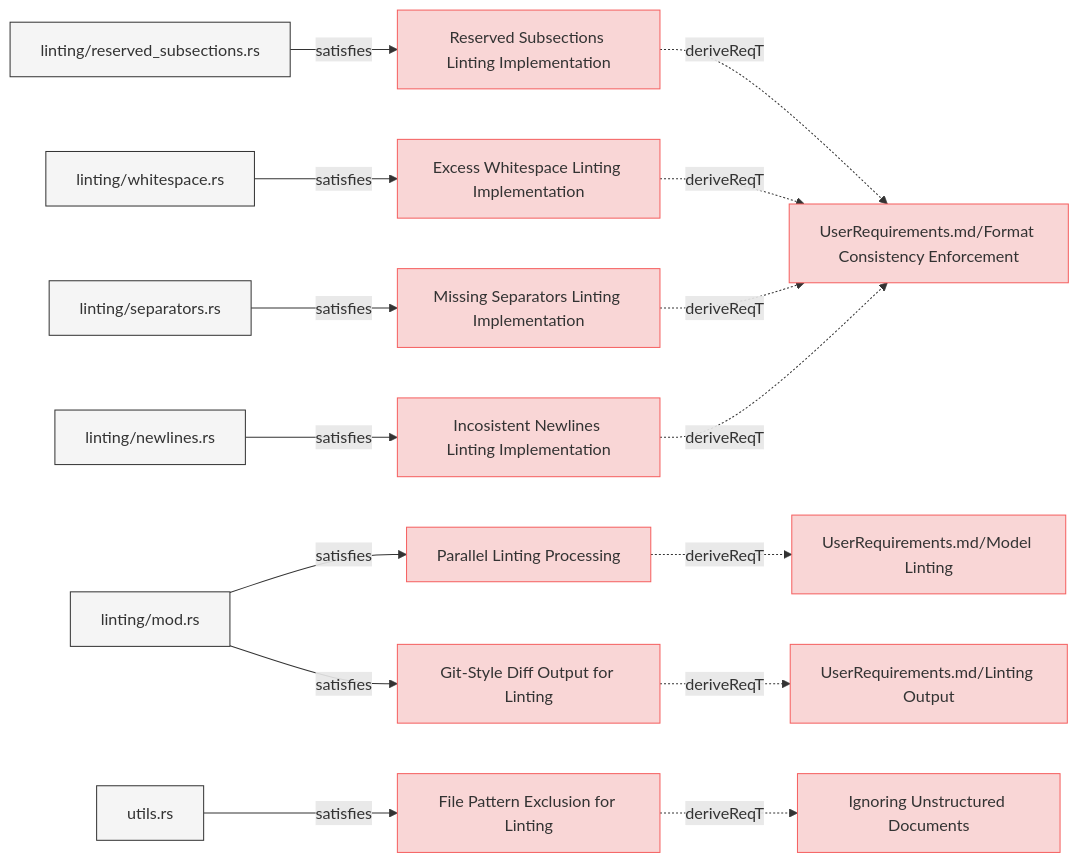
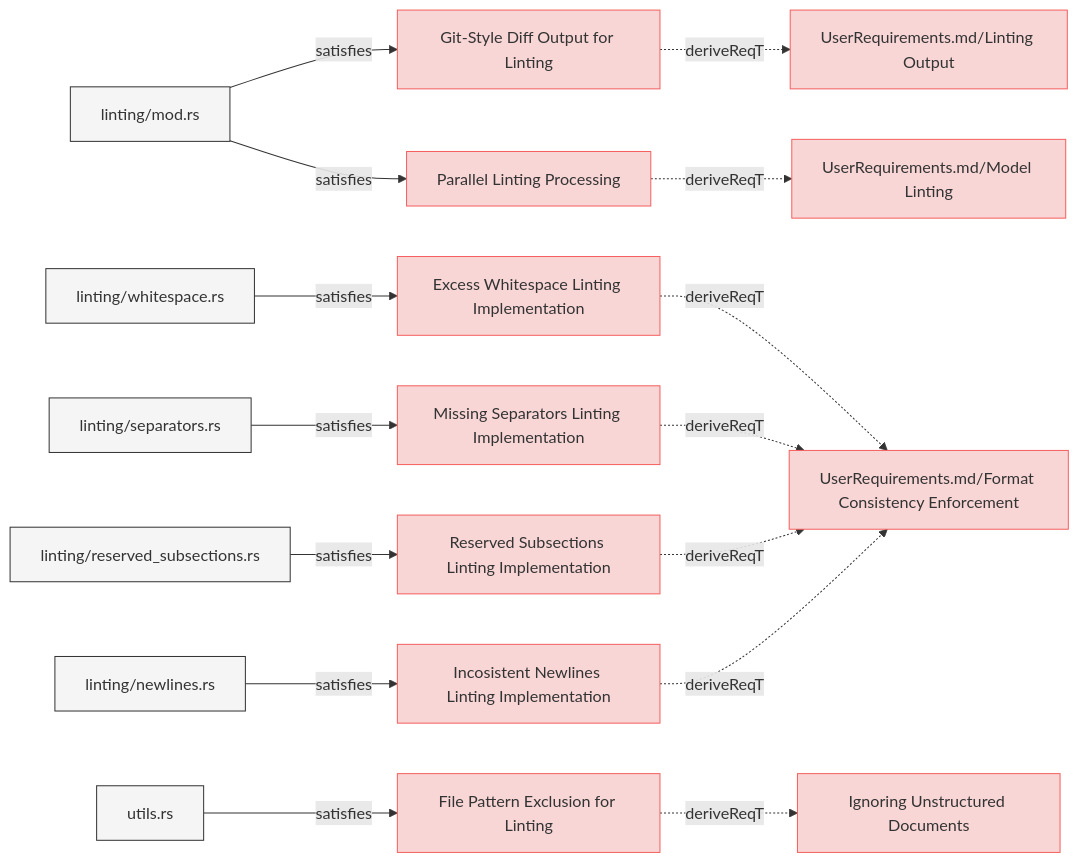
One commit to reqvire-org/reqvire changed the first of 8 diagrams in specifications/SystemRequirements/Requirements.md. Above: the diagram before and after it, drawn with Mermaid. The commit also changed other lines of this file and 14 other files, not shown here.

Commit message:
Diagrams updated.

````diff
--- a/specifications/SystemRequirements/Requirements.md
+++ b/specifications/SystemRequirements/Requirements.md
@@ -4,77 +4,77 @@
 ```mermaid
 graph LR;
   %% Graph styling
   classDef requirement fill:#f9d6d6,stroke:#f55f5f,stroke-width:1px;
   classDef verification fill:#d6f9d6,stroke:#5fd75f,stroke-width:1px;
   classDef externalLink fill:#d0e0ff,stroke:#3080ff,stroke-width:1px;
   classDef default fill:#f5f5f5,stroke:#333333,stroke-width:1px;
 
-  a7bd845c64d1685e["Reserved Subsections Linting Implementation"];
-  class a7bd845c64d1685e requirement;
-  click a7bd845c64d1685e "Requirements.md#reserved-subsections-linting-implementation";
-  974ccf933675ef44["UserRequirements.md/Format Consistency Enforcement"];
-  class 974ccf933675ef44 requirement;
-  click 974ccf933675ef44 "../UserRequirements.md#format-consistency-enforcement";
-  a7bd845c64d1685e -.->|deriveReqT| 974ccf933675ef44;
-  4ef2e0c1cdbc35ab["linting/reserved_subsections.rs"];
-  class 4ef2e0c1cdbc35ab default;
-  click 4ef2e0c1cdbc35ab "../../core/src/linting/indentation.rs";
-  4ef2e0c1cdbc35ab -->|satisfies| a7bd845c64d1685e;
+  b7dd9db7a1290b97["Git-Style Diff Output for Linting"];
+  class b7dd9db7a1290b97 requirement;
+  click b7dd9db7a1290b97 "Requirements.md#git-style-diff-output-for-linting";
+  26fdf88d16b09109["UserRequirements.md/Linting Output"];
+  class 26fdf88d16b09109 requirement;
+  click 26fdf88d16b09109 "../UserRequirements.md#linting-output";
+  b7dd9db7a1290b97 -.->|deriveReqT| 26fdf88d16b09109;
+  c418c3775592f201["linting/mod.rs"];
+  class c418c3775592f201 default;
+  click c418c3775592f201 "../../core/src/linting/mod.rs";
+  c418c3775592f201 -->|satisfies| b7dd9db7a1290b97;
   47401bd64e231632["Parallel Linting Processing"];
   class 47401bd64e231632 requirement;
   click 47401bd64e231632 "Requirements.md#parallel-linting-processing";
   7305c1d6f7f1e2b2["UserRequirements.md/Model Linting"];
   class 7305c1d6f7f1e2b2 requirement;
   click 7305c1d6f7f1e2b2 "../UserRequirements.md#model-linting";
   47401bd64e231632 -.->|deriveReqT| 7305c1d6f7f1e2b2;
   c418c3775592f201["linting/mod.rs"];
   class c418c3775592f201 default;
   click c418c3775592f201 "../../core/src/linting/mod.rs";
   c418c3775592f201 -->|satisfies| 47401bd64e231632;
   9f473f6e0b993cac["Excess Whitespace Linting Implementation"];
   class 9f473f6e0b993cac requirement;
   click 9f473f6e0b993cac "Requirements.md#excess-whitespace-linting-implementation";
+  974ccf933675ef44["UserRequirements.md/Format Consistency Enforcement"];
+  class 974ccf933675ef44 requirement;
+  click 974ccf933675ef44 "../UserRequirements.md#format-consistency-enforcement";
   9f473f6e0b993cac -.->|deriveReqT| 974ccf933675ef44;
   63a0f5a33e87fcee["linting/whitespace.rs"];
   class 63a0f5a33e87fcee default;
   click 63a0f5a33e87fcee "../../core/src/linting/whitespace.rs";
   63a0f5a33e87fcee -->|satisfies| 9f473f6e0b993cac;
-  b7dd9db7a1290b97["Git-Style Diff Output for Linting"];
-  class b7dd9db7a1290b97 requirement;
-  click b7dd9db7a1290b97 "Requirements.md#git-style-diff-output-for-linting";
-  26fdf88d16b09109["UserRequirements.md/Linting Output"];
-  class 26fdf88d16b09109 requirement;
-  click 26fdf88d16b09109 "../UserRequirements.md#linting-output";
-  b7dd9db7a1290b97 -.->|deriveReqT| 26fdf88d16b09109;
-  c418c3775592f201["linting/mod.rs"];
-  class c418c3775592f201 default;
-  click c418c3775592f201 "../../core/src/linting/mod.rs";
-  c418c3775592f201 -->|satisfies| b7dd9db7a1290b97;
   719bf8b75772947d["Missing Separators Linting Implementation"];
   class 719bf8b75772947d requirement;
   click 719bf8b75772947d "Requirements.md#missing-separators-linting-implementation";
   719bf8b75772947d -.->|deriveReqT| 974ccf933675ef44;
   9cbd45fe044171ec["linting/separators.rs"];
   class 9cbd45fe044171ec default;
   click 9cbd45fe044171ec "../../core/src/linting/separators.rs";
   9cbd45fe044171ec -->|satisfies| 719bf8b75772947d;
-  7d44a9de72f2ed11["Incosistent Newlines Linting Implementation"];
-  class 7d44a9de72f2ed11 requirement;
-  click 7d44a9de72f2ed11 "Requirements.md#incosistent-newlines-linting-implementation";
-  7d44a9de72f2ed11 -.->|deriveReqT| 974ccf933675ef44;
-  aab06119b34eec74["linting/newlines.rs"];
-  class aab06119b34eec74 default;
-  click aab06119b34eec74 "../../core/src/linting/newlines.rs";
-  aab06119b34eec74 -->|satisfies| 7d44a9de72f2ed11;
   bef37c31db69b66a["File Pattern Exclusion for Linting"];
   class bef37c31db69b66a requirement;
   click bef37c31db69b66a "Requirements.md#file-pattern-exclusion-for-linting";
   be83c2991e9535c7["Ignoring Unstructured Documents"];
   class be83c2991e9535c7 requirement;
   click be83c2991e9535c7 "Requirements.md#ignoring-unstructured-documents";
   bef37c31db69b66a -.->|deriveReqT| be83c2991e9535c7;
   ce2625feec883e55["utils.rs"];
   class ce2625feec883e55 default;
   click ce2625feec883e55 "../../core/src/utils.rs";
   ce2625feec883e55 -->|satisfies| bef37c31db69b66a;
+  a7bd845c64d1685e["Reserved Subsections Linting Implementation"];
+  class a7bd845c64d1685e requirement;
+  click a7bd845c64d1685e "Requirements.md#reserved-subsections-linting-implementation";
+  a7bd845c64d1685e -.->|deriveReqT| 974ccf933675ef44;
+  4ef2e0c1cdbc35ab["linting/reserved_subsections.rs"];
+  class 4ef2e0c1cdbc35ab default;
+  click 4ef2e0c1cdbc35ab "../../core/src/linting/indentation.rs";
+  4ef2e0c1cdbc35ab -->|satisfies| a7bd845c64d1685e;
+  7d44a9de72f2ed11["Incosistent Newlines Linting Implementation"];
+  class 7d44a9de72f2ed11 requirement;
+  click 7d44a9de72f2ed11 "Requirements.md#incosistent-newlines-linting-implementation";
+  7d44a9de72f2ed11 -.->|deriveReqT| 974ccf933675ef44;
+  aab06119b34eec74["linting/newlines.rs"];
+  class aab06119b34eec74 default;
+  click aab06119b34eec74 "../../core/src/linting/newlines.rs";
+  aab06119b34eec74 -->|satisfies| 7d44a9de72f2ed11;
 ```
````
